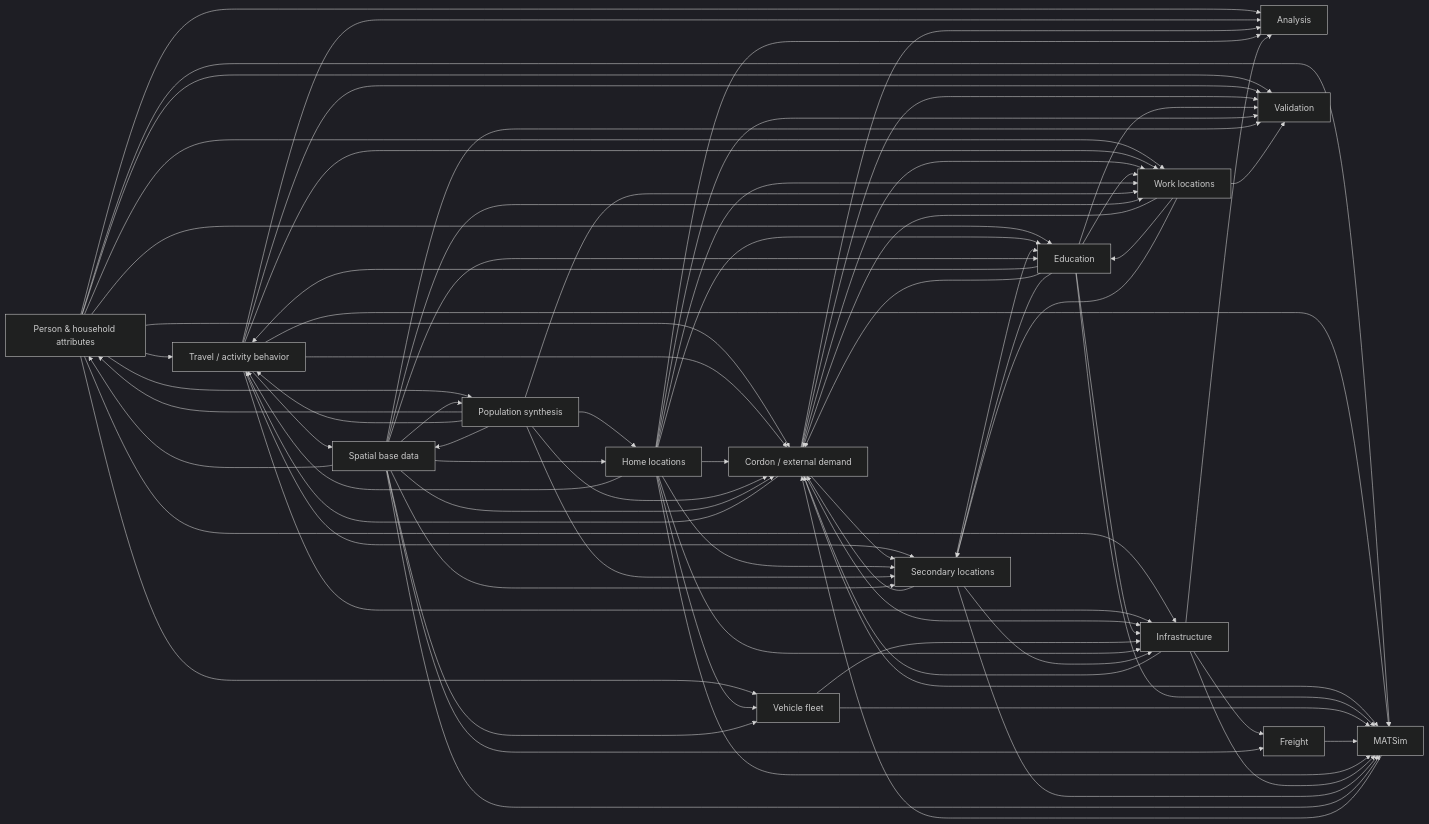
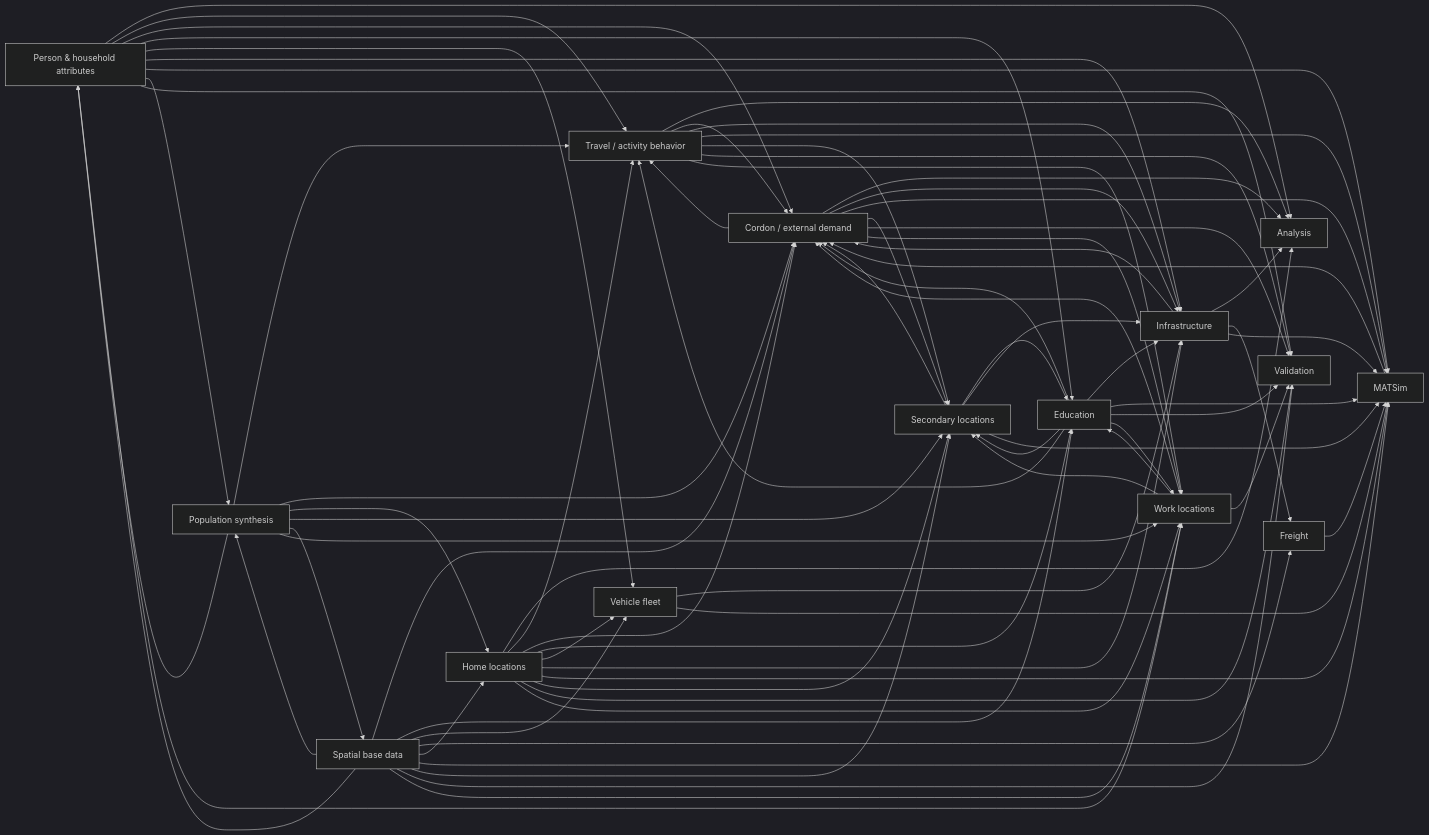
The diagram in docs/generated/PIPELINE.md (TUBS-IVS/eqasim-bs), drawn with Mermaid (dark theme) before and after one commit. The commit also changed other lines of this file and 5 other files, not shown here.

```diff
--- a/docs/generated/PIPELINE.md
+++ b/docs/generated/PIPELINE.md
@@ -45,7 +45,6 @@
     behavior --> infrastructure
     behavior --> matsim
     behavior --> secondary
-    behavior --> spatial
     behavior --> validation
     behavior --> work
     cordon --> analysis
```
